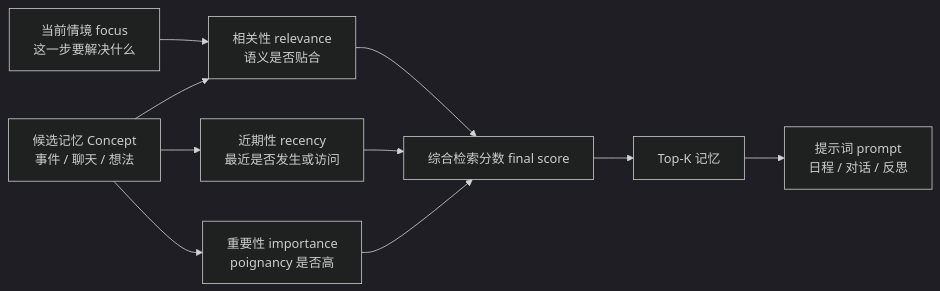
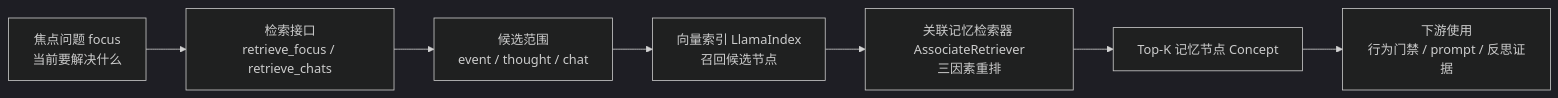
One commit to tbkken/GenerativeAgentsCN changed the first of 2 diagrams in docs/book/manuscript/part_01/chapter_06.md. Above: the diagram before and after it, drawn with Mermaid (dark theme). The commit also changed other lines of this file and 78 other files, not shown here.

````diff
--- a/docs/book/manuscript/part_01/chapter_06.md
+++ b/docs/book/manuscript/part_01/chapter_06.md
@@ -81,13 +84,9 @@
 ```mermaid
 flowchart LR
-    Query["当前情境 focus<br/>这一步要解决什么"] --> Relevance["相关性 relevance<br/>语义是否贴合"]
-    Memory["候选记忆 Concept<br/>事件 / 聊天 / 想法"] --> Relevance
-    Memory --> Recency["近期性 recency<br/>最近是否发生或访问"]
-    Memory --> Importance["重要性 importance<br/>poignancy 是否高"]
-
-    Relevance --> Score["综合检索分数 final score"]
-    Recency --> Score
-    Importance --> Score
-    Score --> TopK["Top-K 记忆"]
-    TopK --> Prompt["提示词 prompt<br/>日程 / 对话 / 反思"]
+    Focus["焦点问题 focus<br/>当前要解决什么"] --> Interface["检索接口<br/>retrieve_focus / retrieve_chats"]
+    Interface --> Scope["候选范围<br/>event / thought / chat"]
+    Scope --> Index["向量索引 LlamaIndex<br/>召回候选节点"]
+    Index --> Rerank["关联记忆检索器 AssociateRetriever<br/>三因素重排"]
+    Rerank --> TopK["Top-K 记忆节点 Concept"]
+    TopK --> Consumer["下游使用<br/>行为门禁 / prompt / 反思证据"]
 ```
````
